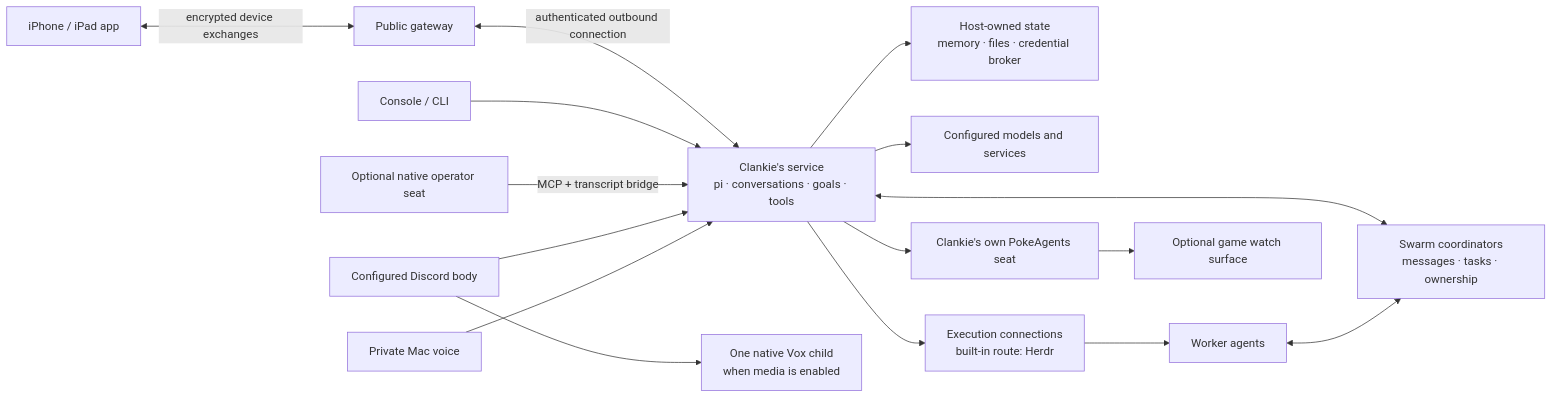
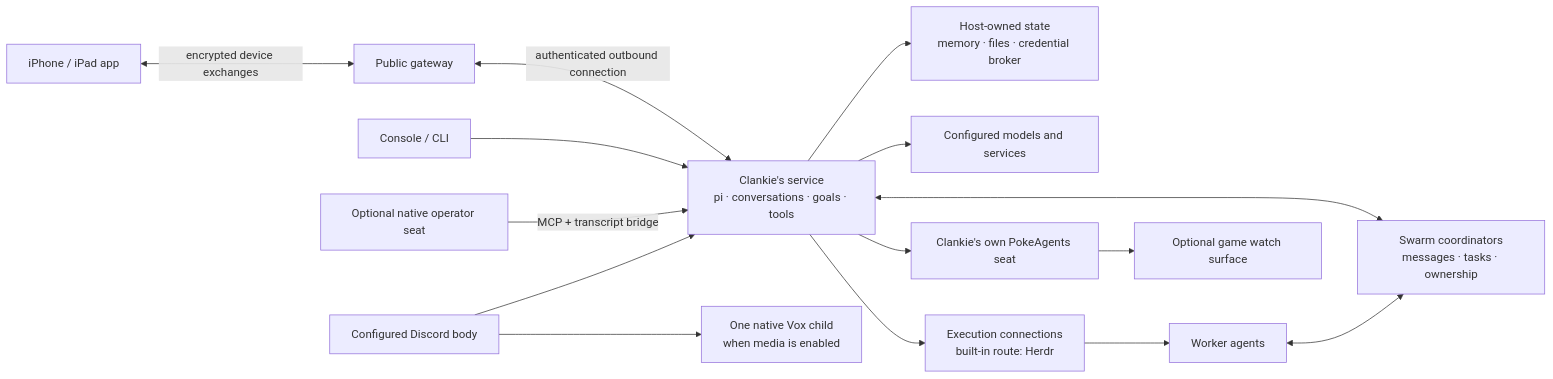
Before and after one commit to Volpestyle/clankie: the diagram in docs/architecture.md, drawn with Mermaid. The commit also changed other lines of this file and 40 other files, not shown here.

````diff
--- a/docs/architecture.md
+++ b/docs/architecture.md
@@ -14,18 +14,17 @@
 ```mermaid
 flowchart LR
   App["iPhone / iPad app"] <-->|"encrypted device exchanges"| Gateway["Public gateway"]
   Gateway <-->|"authenticated outbound connection"| Service["Clankie's service<br/>pi · conversations · goals · tools"]
   Console["Console / CLI"] --> Service
   Native["Optional native operator seat"] -->|"MCP + transcript bridge"| Service
   Discord["Configured Discord body"] --> Service
-  MacVoice["Private Mac voice"] --> Service
   Service --> State["Host-owned state<br/>memory · files · credential broker"]
   Service --> Models["Configured models and services"]
   Service <--> Swarm["Swarm coordinators<br/>messages · tasks · ownership"]
   Service --> Runtime["Execution connections<br/>built-in route: Herdr"]
   Runtime --> Workers["Worker agents"]
   Workers <--> Swarm
   Service --> World["Clankie's own PokeAgents seat"]
   World --> Viewer["Optional game watch surface"]
   Discord --> Vox["One native Vox child<br/>when media is enabled"]
 ```
````
